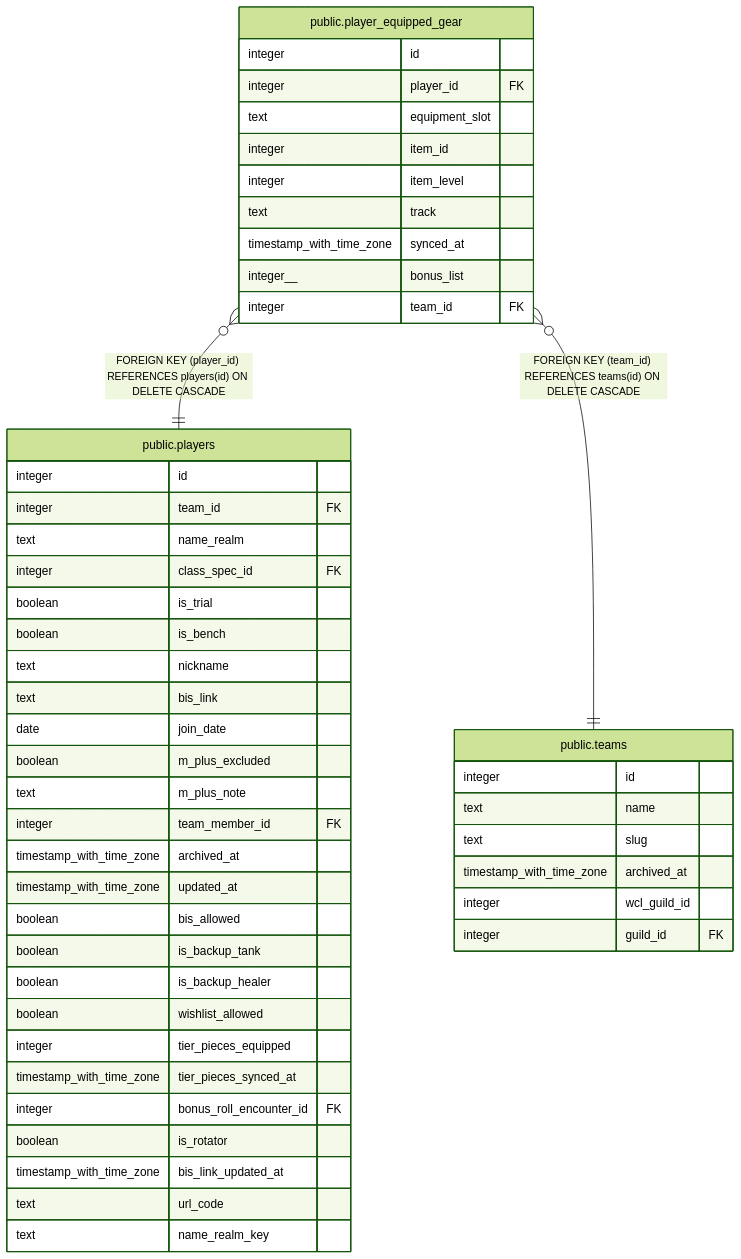
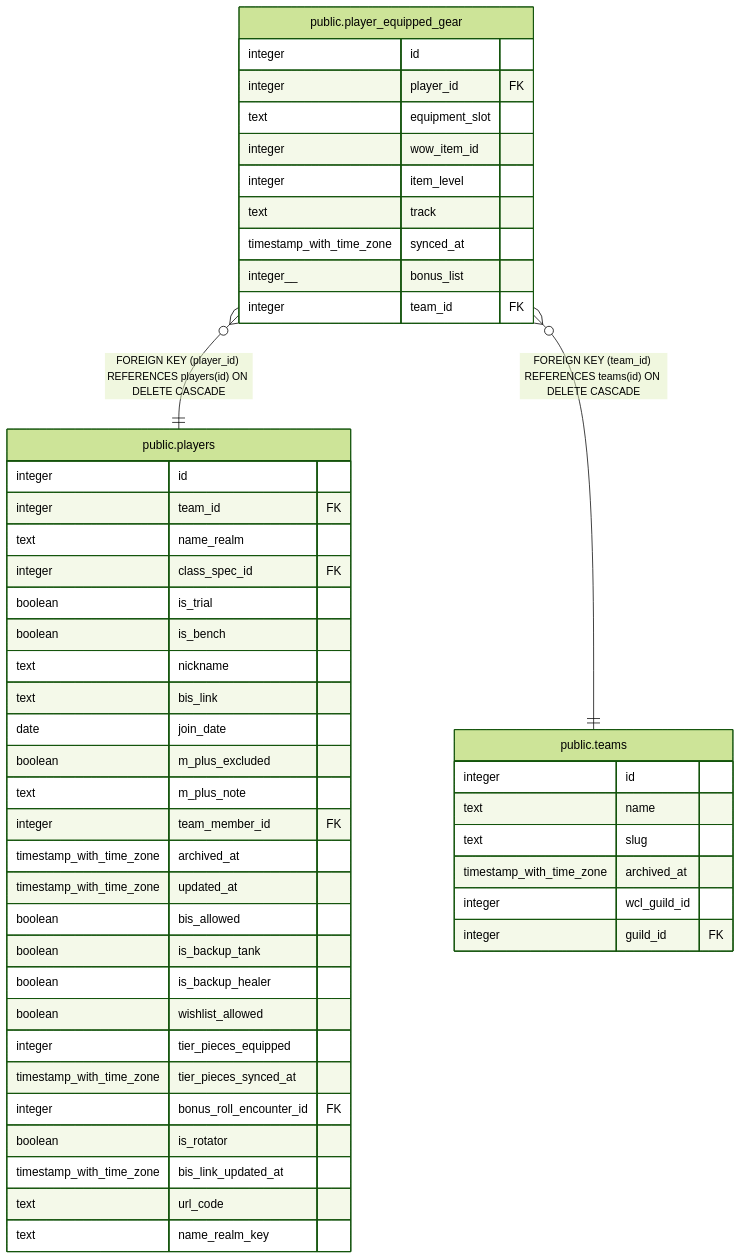
One commit to katogaming88/WGA-Raid-Hub changed the diagram in dbdoc/public.player_equipped_gear.md. Above: the diagram before and after it, drawn with Mermaid (forest theme). The commit also changed other lines of this file and 30 other files, not shown here.

First line of the commit message:
player_equipped_gear.item_id becomes wow_item_id (#1094)

````diff
--- a/dbdoc/public.player_equipped_gear.md
+++ b/dbdoc/public.player_equipped_gear.md
@@ -45,53 +45,53 @@
 ```mermaid
 erDiagram
 
 "public.player_equipped_gear" }o--|| "public.players" : "FOREIGN KEY (player_id) REFERENCES players(id) ON DELETE CASCADE"
 "public.player_equipped_gear" }o--|| "public.teams" : "FOREIGN KEY (team_id) REFERENCES teams(id) ON DELETE CASCADE"
 
 "public.player_equipped_gear" {
   integer id
   integer player_id FK
   text equipment_slot
-  integer item_id
+  integer wow_item_id
   integer item_level
   text track
   timestamp_with_time_zone synced_at
   integer__ bonus_list
   integer team_id FK
 }
 "public.players" {
   integer id
   integer team_id FK
   text name_realm
   integer class_spec_id FK
   boolean is_trial
   boolean is_bench
   text nickname
   text bis_link
   date join_date
   boolean m_plus_excluded
   text m_plus_note
   integer team_member_id FK
   timestamp_with_time_zone archived_at
   timestamp_with_time_zone updated_at
   boolean bis_allowed
   boolean is_backup_tank
   boolean is_backup_healer
   boolean wishlist_allowed
   integer tier_pieces_equipped
   timestamp_with_time_zone tier_pieces_synced_at
   integer bonus_roll_encounter_id FK
   boolean is_rotator
   timestamp_with_time_zone bis_link_updated_at
   text url_code
   text name_realm_key
 }
 "public.teams" {
   integer id
   text name
   text slug
   timestamp_with_time_zone archived_at
   integer wcl_guild_id
   integer guild_id FK
 }
 ```
````
